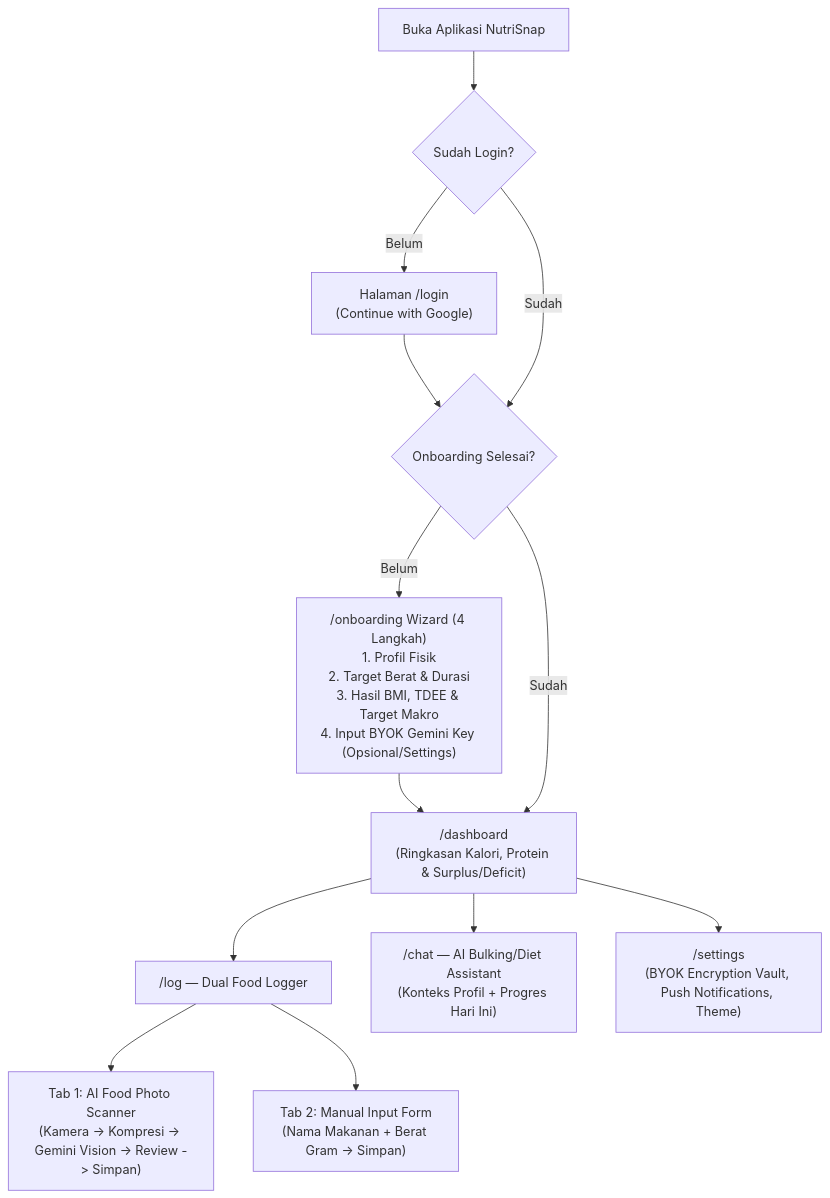
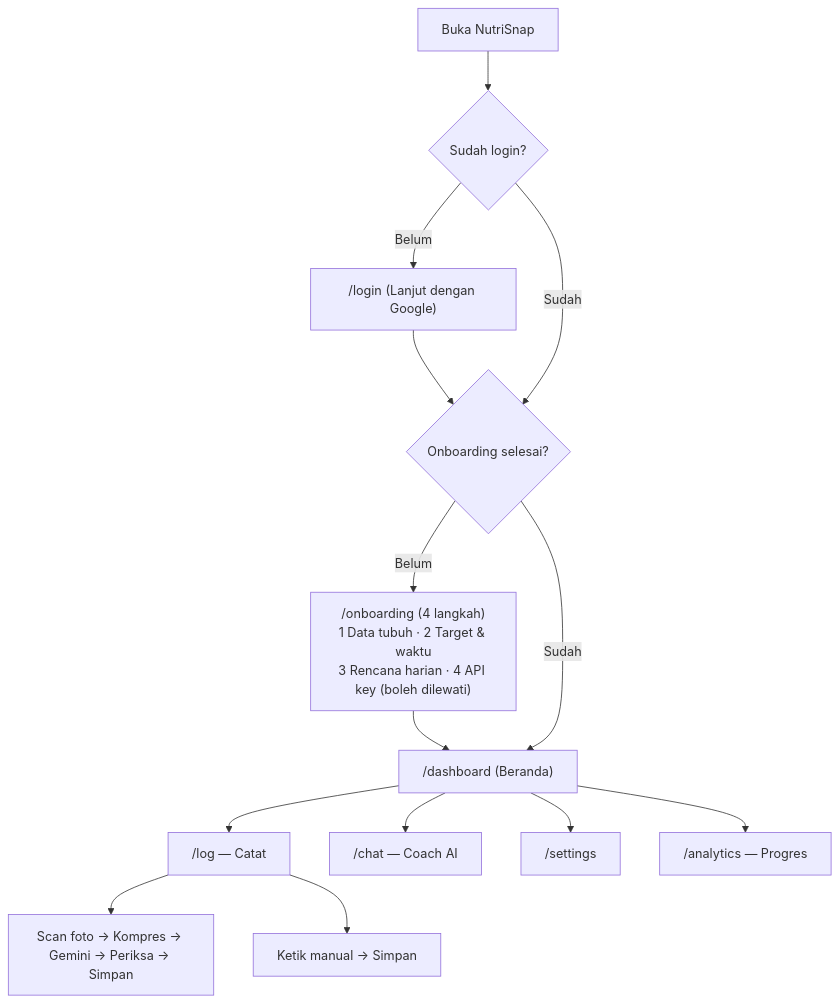
Before and after one commit to hfzfjr/NutriSnap: the diagram in docs/DESIGN.md, drawn with Mermaid. The commit also changed other lines of this file and 31 other files, not shown here.

Commit message:
feat(NS-601): complete Phase 0 data integrity, remove auto-login, add AuthGate, and fix timezone/PWA icons

````diff
--- a/docs/DESIGN.md
+++ b/docs/DESIGN.md
@@ -199,15 +169,16 @@
 ```mermaid
 flowchart TD
-    A["Buka Aplikasi NutriSnap"] --> B{"Sudah Login?"}
-    B -- Belum --> C["Halaman /login\n(Continue with Google)"]
-    C --> D{"Onboarding Selesai?"}
+    A["Buka NutriSnap"] --> B{"Sudah login?"}
+    B -- Belum --> C["/login (Lanjut dengan Google)"]
+    C --> D{"Onboarding selesai?"}
     B -- Sudah --> D
-    D -- Belum --> E["/onboarding Wizard (4 Langkah)\n1. Profil Fisik\n2. Target Berat & Durasi\n3. Hasil BMI, TDEE & Target Makro\n4. Input BYOK Gemini Key (Opsional/Settings)"]
-    E --> F["/dashboard\n(Ringkasan Kalori, Protein & Surplus/Deficit)"]
+    D -- Belum --> E["/onboarding (4 langkah)\n1 Data tubuh · 2 Target & waktu\n3 Rencana harian · 4 API key (boleh dilewati)"]
+    E --> F["/dashboard (Beranda)"]
     D -- Sudah --> F
-    F --> G["/log — Dual Food Logger"]
-    G --> G1["Tab 1: AI Food Photo Scanner\n(Kamera -> Kompresi -> Gemini Vision -> Review -> Simpan)"]
-    G --> G2["Tab 2: Manual Input Form\n(Nama Makanan + Berat Gram -> Simpan)"]
-    F --> H["/chat — AI Bulking/Diet Assistant\n(Konteks Profil + Progres Hari Ini)"]
-    F --> I["/settings\n(BYOK Encryption Vault, Push Notifications, Theme)"]
+    F --> G["/log — Catat"]
+    G --> G1["Scan foto → Kompres → Gemini → Periksa → Simpan"]
+    G --> G2["Ketik manual → Simpan"]
+    F --> H["/chat — Coach AI"]
+    F --> I["/settings"]
+    F --> J["/analytics — Progres"]
 ```
````
